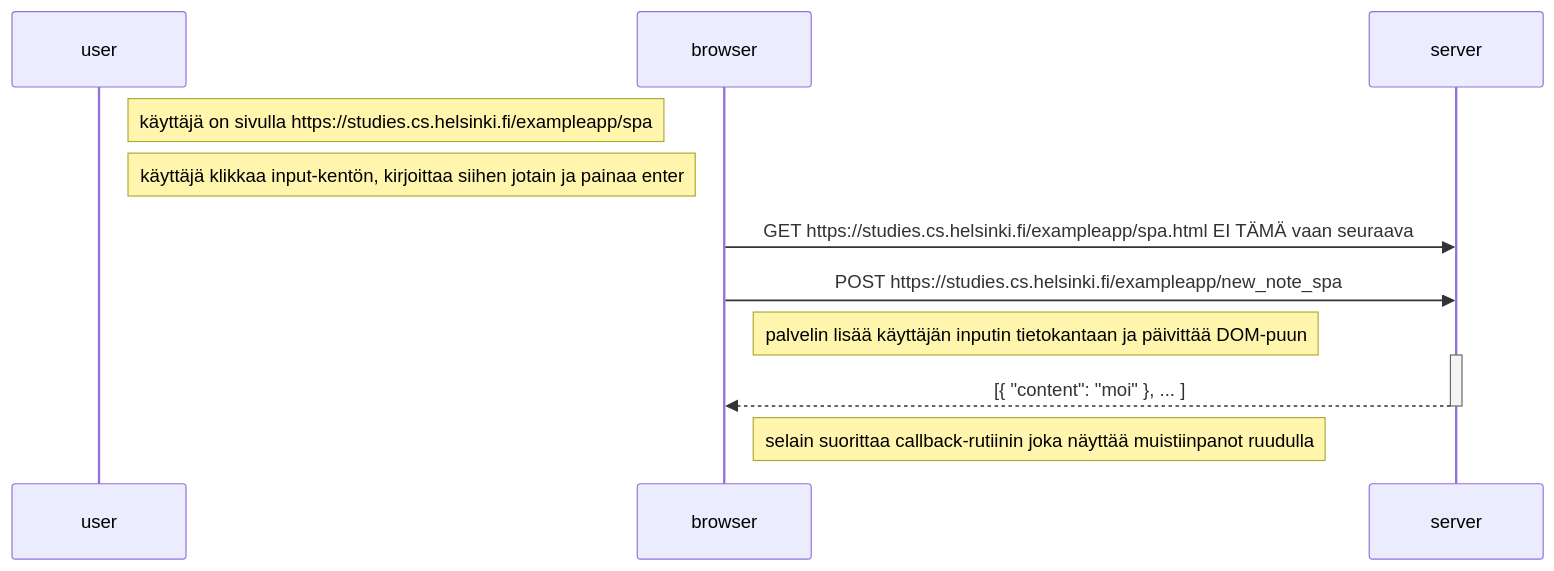
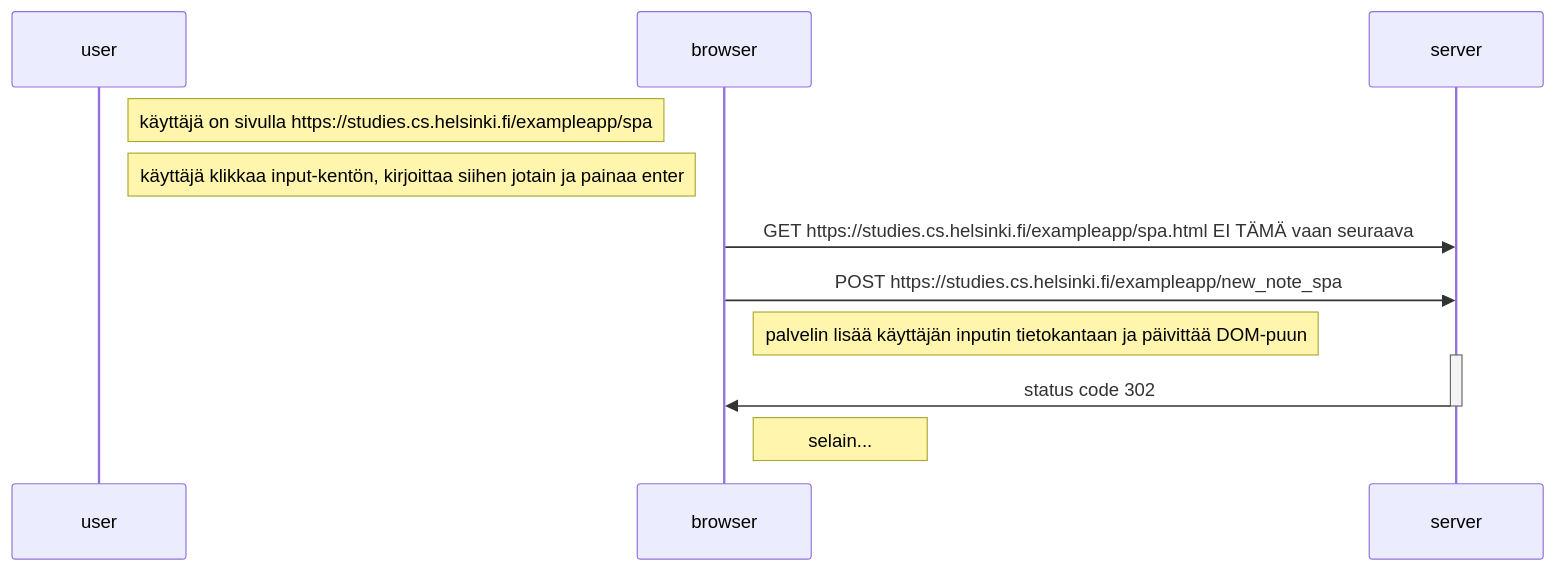
One commit to moocjsi/mooc-harj03 changed the diagram in mermaid-test9.md. Above: the diagram before and after it, drawn with Mermaid.

````diff
--- a/mermaid-test9.md
+++ b/mermaid-test9.md
@@ -2,22 +2,22 @@
 ```mermaid
 sequenceDiagram
     participant user
     participant browser
     participant server
 
     Note right of user: käyttäjä on sivulla https://studies.cs.helsinki.fi/exampleapp/spa
     Note right of user: käyttäjä klikkaa input-kentön, kirjoittaa siihen jotain ja painaa enter
     
     browser->>server: GET  https://studies.cs.helsinki.fi/exampleapp/spa.html  EI TÄMÄ vaan seuraava
     browser->>server: POST https://studies.cs.helsinki.fi/exampleapp/new_note_spa
 
     Note right of browser: palvelin lisää käyttäjän inputin tietokantaan ja päivittää DOM-puun
 
     activate server
-    server-->>browser: [{ "content": "moi" }, ... ]
+    server->>browser: status code 302
     deactivate server
 
-    Note right of browser: selain suorittaa callback-rutiinin joka näyttää muistiinpanot ruudulla
+    Note right of browser: selain...
 
 
 ```
````
